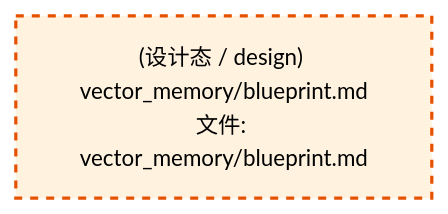
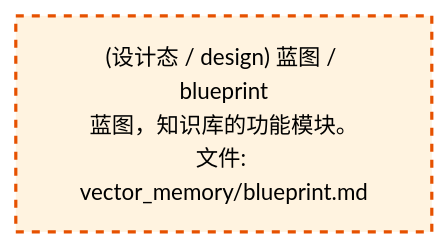
Before and after one commit to xuanFelixVan/ZephyrAlpha: the second of 2 diagrams in docs/02_enterprise_architecture/02_domain_architecture_docs/58_d_knowledge.md, drawn with Mermaid. The commit also changed other lines of this file and 60 other files, not shown here.

````diff
--- a/docs/02_enterprise_architecture/02_domain_architecture_docs/58_d_knowledge.md
+++ b/docs/02_enterprise_architecture/02_domain_architecture_docs/58_d_knowledge.md
@@ -74,10 +74,10 @@
 ```mermaid
 %%{init: {'theme': 'base', 'themeVariables': {'primaryColor': '#eaeaea', 'primaryTextColor': '#333333', 'primaryBorderColor': '#666666', 'lineColor': '#666666', 'secondaryColor': '#eaeaea', 'tertiaryColor': '#eaeaea', 'fontSize': '14px'}}}%%
 flowchart TD
-    docs_03_modules_domain_knowledge_vector_memory_blueprint_md["(设计态 / design) vector_memory/blueprint.md<br/>文件: vector_memory/blueprint.md"]
+    docs_03_modules_domain_knowledge_vector_memory_blueprint_md["(设计态 / design) 蓝图 / blueprint<br/>蓝图，知识库的功能模块。<br/>文件: vector_memory/blueprint.md"]
     classDef production fill:#e1f5fe,stroke:#01579b,stroke-width:2px,color:#000
     classDef design fill:#fff3e0,stroke:#e65100,stroke-width:2px,color:#000,stroke-dasharray: 5 5
     classDef external_prod fill:#e8f4fd,stroke:#0277bd,stroke-width:1px,color:#000
     classDef external_design fill:#fff8e7,stroke:#ef6c00,stroke-width:1px,color:#000,stroke-dasharray: 5 5
     class docs_03_modules_domain_knowledge_vector_memory_blueprint_md design
 ```
````
